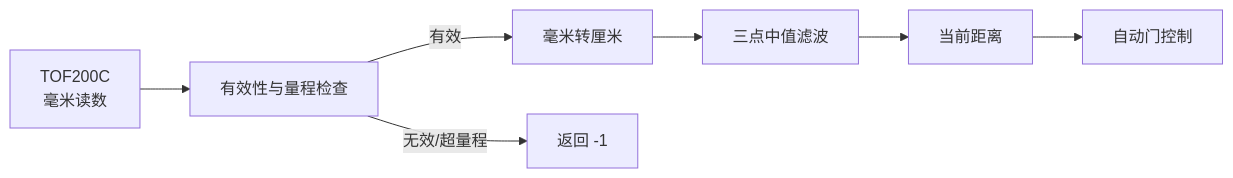
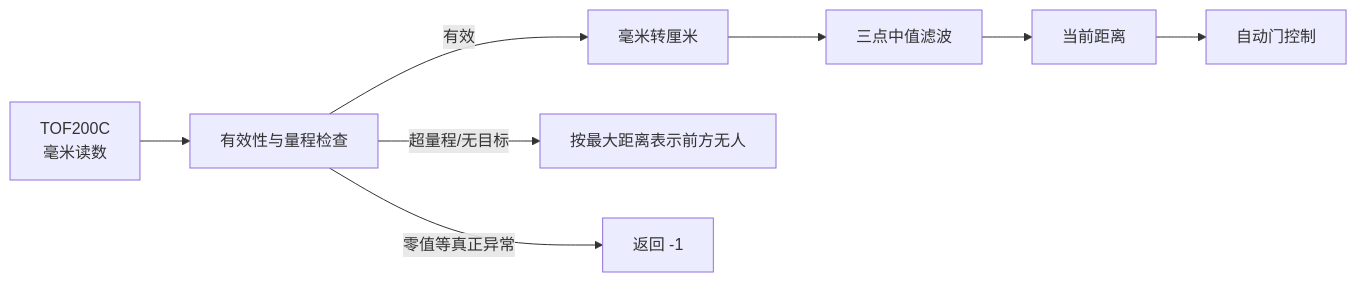
One commit to qujsh/auto-door changed the diagram in docs/20-TOF测距.md. Above: the diagram before and after it, drawn with Mermaid. The commit also changed other lines of this file and 2 other files, not shown here.

````diff
--- a/docs/20-TOF测距.md
+++ b/docs/20-TOF测距.md
@@ -14,14 +14,15 @@
 ```mermaid
 flowchart LR
     Sensor["TOF200C<br/>毫米读数"]
     Check["有效性与量程检查"]
     Convert["毫米转厘米"]
     Filter["三点中值滤波"]
     Result["当前距离"]
     Door["自动门控制"]
 
     Sensor --> Check
     Check -->|"有效"| Convert
-    Check -->|"无效/超量程"| Invalid["返回 -1"]
+    Check -->|"超量程/无目标"| Clear["按最大距离表示前方无人"]
+    Check -->|"零值等真正异常"| Invalid["返回 -1"]
     Convert --> Filter --> Result --> Door
 ```
````
